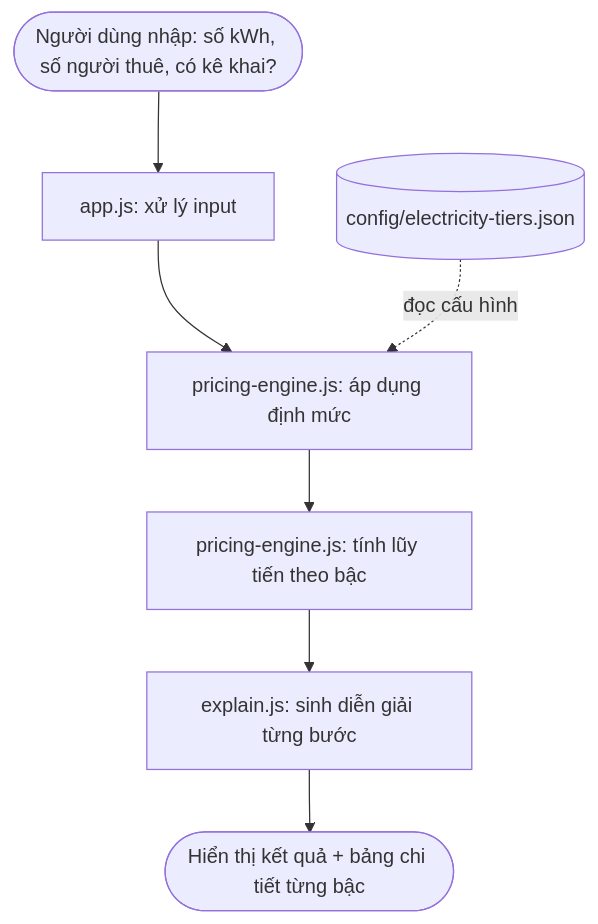
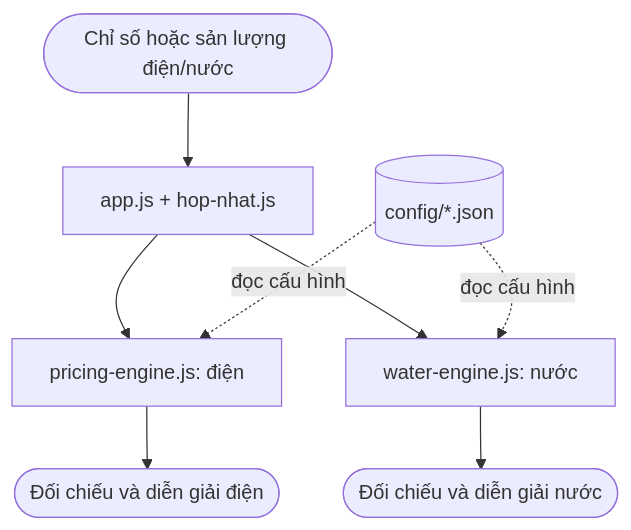
Before and after one commit to aixuan181105/open-cost-transparency: the diagram in README.md, drawn with Mermaid. The commit also changed other lines of this file and 20 other files, not shown here.

````diff
--- a/README.md
+++ b/README.md
@@ -88,9 +90,10 @@
 ```mermaid
 flowchart TD
-    A([Người dùng nhập: số kWh, số người thuê, có kê khai?]) --> B[app.js: xử lý input]
-    B --> C[pricing-engine.js: áp dụng định mức]
-    C --> D[pricing-engine.js: tính lũy tiến theo bậc]
-    D --> E[explain.js: sinh diễn giải từng bước]
-    E --> F([Hiển thị kết quả + bảng chi tiết từng bậc])
-    G[(config/electricity-tiers.json)] -.đọc cấu hình.-> C
+    A([Chỉ số hoặc sản lượng điện/nước]) --> B[app.js + hop-nhat.js]
+    B --> C[pricing-engine.js: điện]
+    B --> D[water-engine.js: nước]
+    C --> E([Đối chiếu và diễn giải điện])
+    D --> F([Đối chiếu và diễn giải nước])
+    G[(config/*.json)] -.đọc cấu hình.-> C
+    G -.đọc cấu hình.-> D
 ```
````
